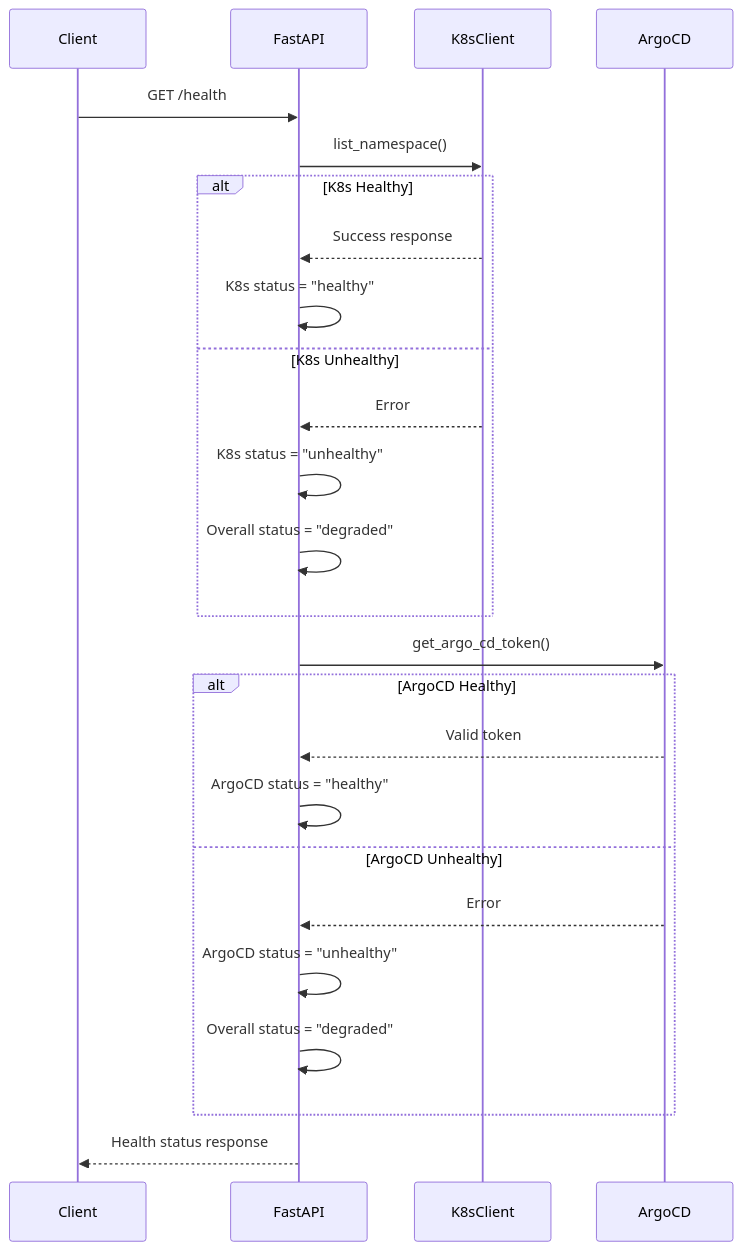
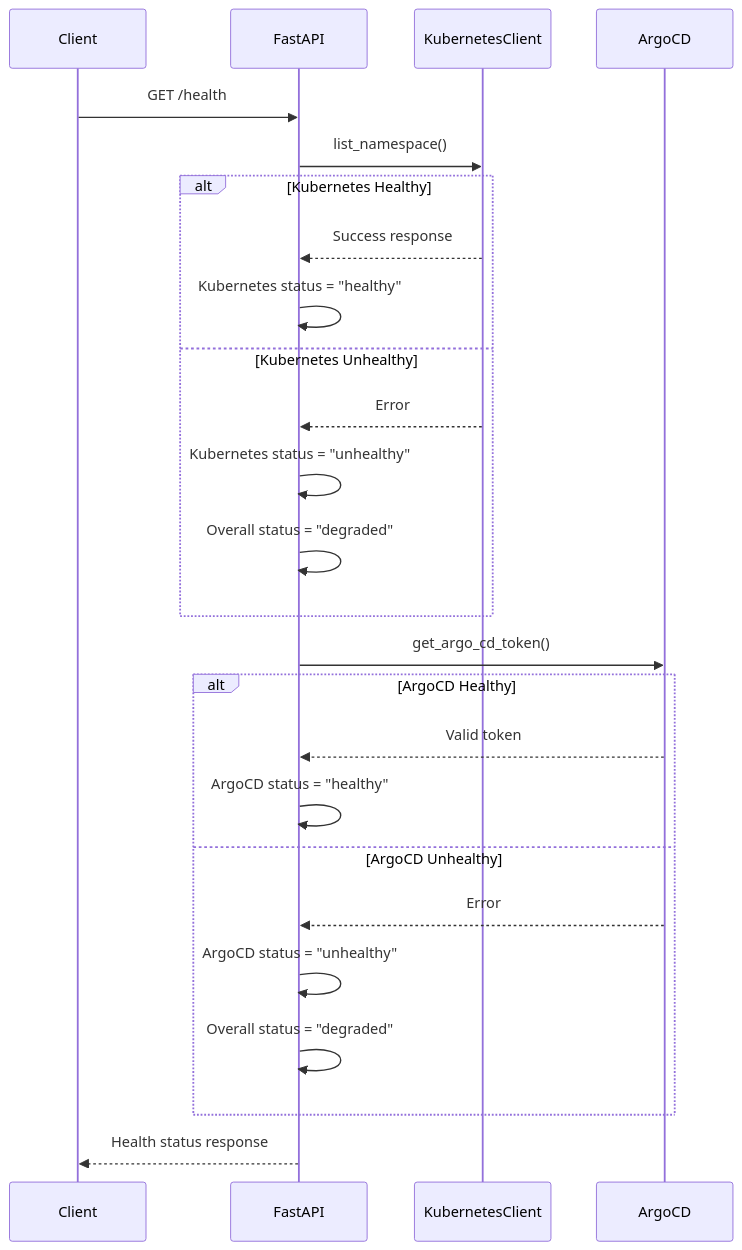
One commit to lloydchang/tvp-k8s changed the sixth of 9 diagrams in README.md. Above: the diagram before and after it, drawn with Mermaid. The commit also changed other lines of this file and 12 other files, not shown here.

````diff
--- a/README.md
+++ b/README.md
@@ -310,32 +310,32 @@
 ```mermaid
 sequenceDiagram
     participant Client
     participant FastAPI
-    participant K8sClient
+    participant KubernetesClient
     participant ArgoCD
     
     Client->>FastAPI: GET /health
     
-    FastAPI->>K8sClient: list_namespace()
-    alt K8s Healthy
-        K8sClient-->>FastAPI: Success response
-        FastAPI->>FastAPI: K8s status = "healthy"
-    else K8s Unhealthy
-        K8sClient-->>FastAPI: Error
-        FastAPI->>FastAPI: K8s status = "unhealthy"
+    FastAPI->>KubernetesClient: list_namespace()
+    alt Kubernetes Healthy
+        KubernetesClient-->>FastAPI: Success response
+        FastAPI->>FastAPI: Kubernetes status = "healthy"
+    else Kubernetes Unhealthy
+        KubernetesClient-->>FastAPI: Error
+        FastAPI->>FastAPI: Kubernetes status = "unhealthy"
         FastAPI->>FastAPI: Overall status = "degraded"
     end
     
     FastAPI->>ArgoCD: get_argo_cd_token()
     alt ArgoCD Healthy
         ArgoCD-->>FastAPI: Valid token
         FastAPI->>FastAPI: ArgoCD status = "healthy"
     else ArgoCD Unhealthy
         ArgoCD-->>FastAPI: Error
         FastAPI->>FastAPI: ArgoCD status = "unhealthy"
         FastAPI->>FastAPI: Overall status = "degraded"
     end
     
     FastAPI-->>Client: Health status response
 
 ```
````
